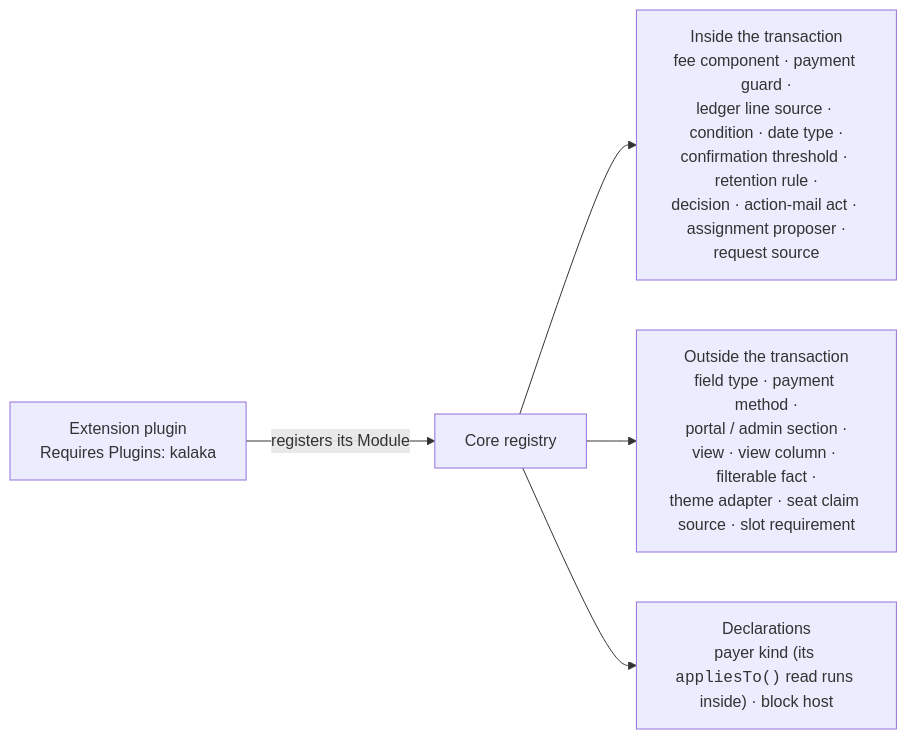
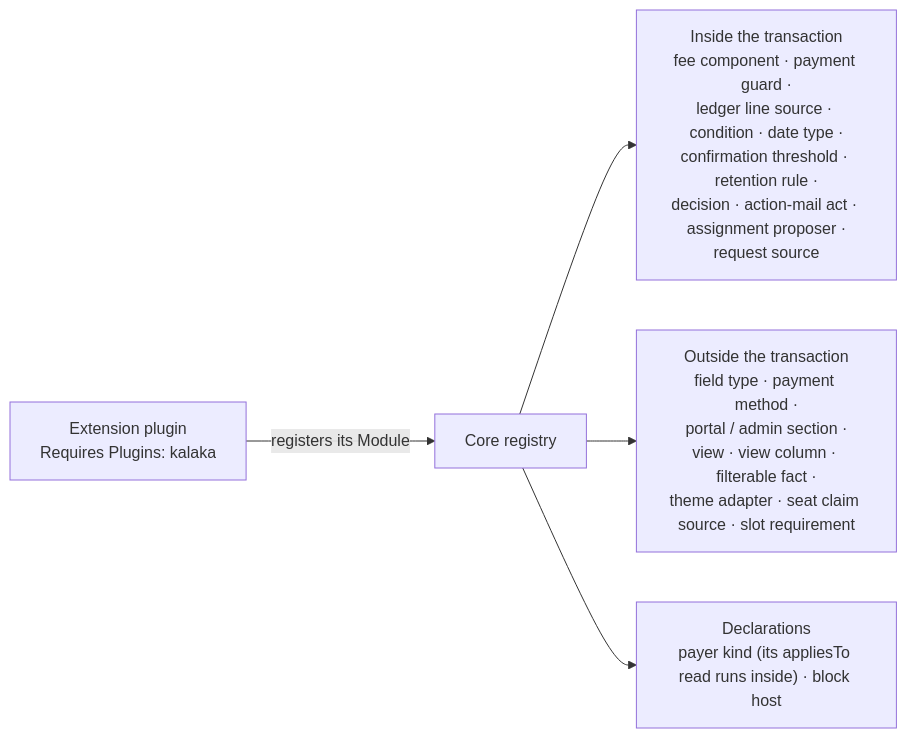
The second of 2 diagrams in docs/architecture/modules-and-extensions.md (reformatus/kalaka), drawn with Mermaid before and after one commit. The commit also changed other lines of this file and 17 other files, not shown here.

````diff
--- a/docs/architecture/modules-and-extensions.md
+++ b/docs/architecture/modules-and-extensions.md
@@ -305,7 +305,7 @@
 ```mermaid
 flowchart LR
   EP["Extension plugin<br/>Requires Plugins: kalaka"] -->|"registers its Module"| REG["Core registry"]
   REG --> IN["Inside the transaction<br/>fee component · payment guard ·<br/>ledger line source · condition · date type ·<br/>confirmation threshold · retention rule ·<br/>decision · action-mail act · assignment proposer ·<br/>request source"]
   REG --> OUT["Outside the transaction<br/>field type · payment method ·<br/>portal / admin section ·<br/>view · view column · filterable fact ·<br/>theme adapter · seat claim source · slot requirement"]
-  REG --> DECL["Declarations<br/>payer kind (its <code>appliesTo()</code> read runs inside) · block host"]
+  REG --> DECL["Declarations<br/>payer kind (its appliesTo read runs inside) · block host"]
 ```
````
